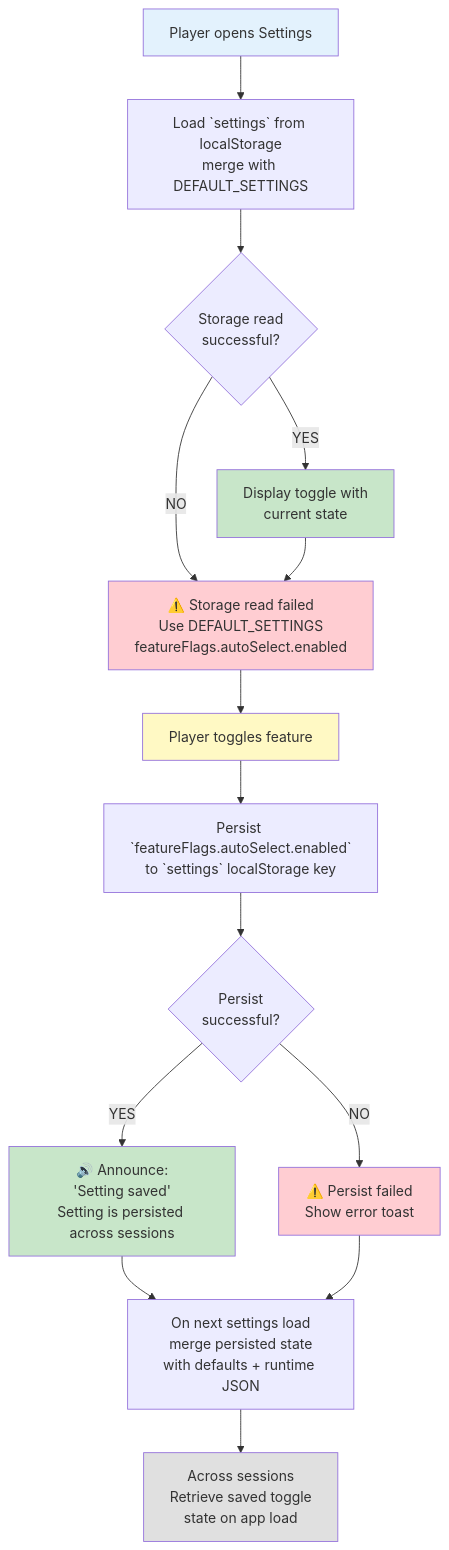
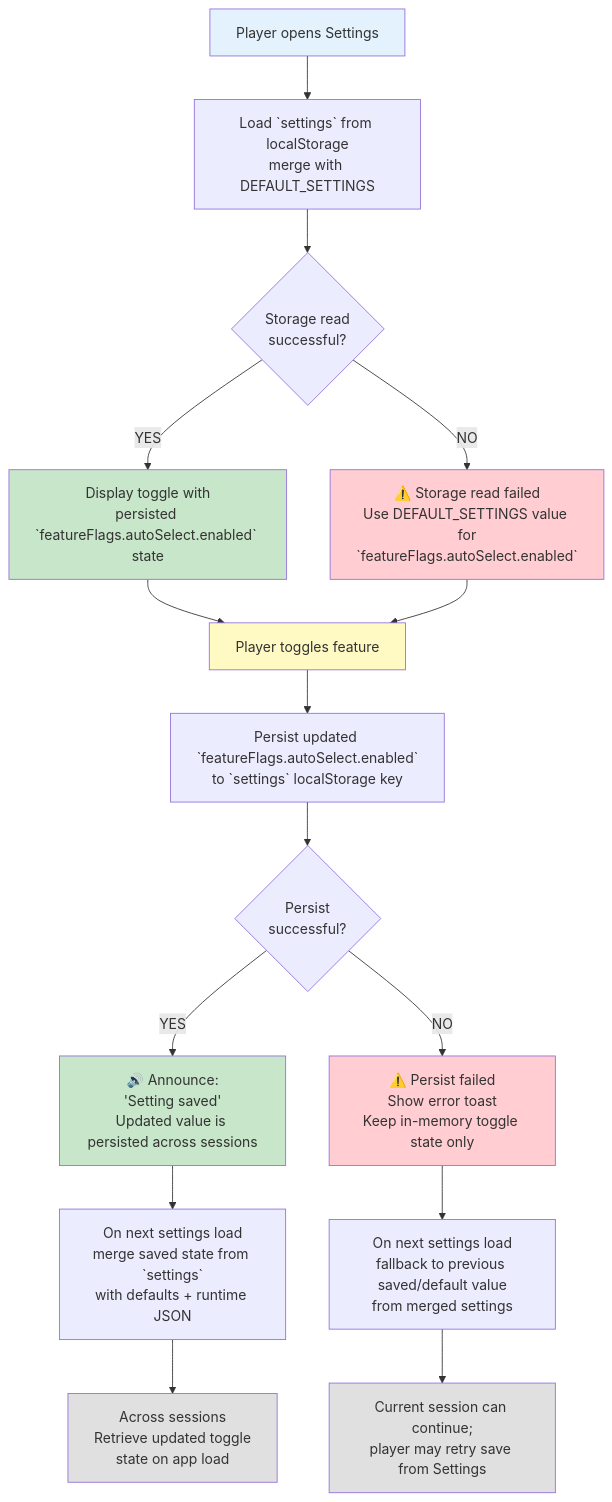
Before and after one commit to CyanAutomation/judokon: the third of 3 diagrams in design/productRequirementsDocuments/prdRandomStatMode.md, drawn with Mermaid.

Commit message:
Fix settings persistence Mermaid flow branches (#5690)

````diff
--- a/design/productRequirementsDocuments/prdRandomStatMode.md
+++ b/design/productRequirementsDocuments/prdRandomStatMode.md
@@ -126,30 +126,32 @@
 ```mermaid
 flowchart TD
     A["Player opens Settings"] --> B["Load `settings` from localStorage<br/>merge with DEFAULT_SETTINGS"]
     B --> C{"Storage read<br/>successful?"}
 
-    C -->|YES| D["Display toggle with<br/>current state"]
-    C -->|NO| E["⚠️ Storage read failed<br/>Use DEFAULT_SETTINGS<br/>featureFlags.autoSelect.enabled"]
+    C -->|YES| D["Display toggle with<br/>persisted `featureFlags.autoSelect.enabled` state"]
+    C -->|NO| E["⚠️ Storage read failed<br/>Use DEFAULT_SETTINGS value for<br/>`featureFlags.autoSelect.enabled`"]
 
-    D --> E
-    E --> F["Player toggles feature"]
+    D --> F["Player toggles feature"]
+    E --> F
 
-    F --> G["Persist `featureFlags.autoSelect.enabled`<br/>to `settings` localStorage key"]
+    F --> G["Persist updated `featureFlags.autoSelect.enabled`<br/>to `settings` localStorage key"]
     G --> H{"Persist<br/>successful?"}
 
-    H -->|YES| I["🔊 Announce:<br/>'Setting saved'<br/>Setting is persisted across sessions"]
-    H -->|NO| J["⚠️ Persist failed<br/>Show error toast"]
+    H -->|YES| I["🔊 Announce:<br/>'Setting saved'<br/>Updated value is persisted across sessions"]
+    H -->|NO| J["⚠️ Persist failed<br/>Show error toast<br/>Keep in-memory toggle state only"]
 
-    I --> K["On next settings load<br/>merge persisted state<br/>with defaults + runtime JSON"]
-    J --> K
+    I --> K["On next settings load<br/>merge saved state from `settings`<br/>with defaults + runtime JSON"]
+    J --> M["On next settings load<br/>fallback to previous saved/default value<br/>from merged settings"]
 
-    K --> L["Across sessions<br/>Retrieve saved toggle<br/>state on app load"]
+    K --> L["Across sessions<br/>Retrieve updated toggle<br/>state on app load"]
+    M --> N["Current session can continue;<br/>player may retry save from Settings"]
 
     style A fill:#e3f2fd
     style D fill:#c8e6c9
     style E fill:#ffcdd2
     style F fill:#fff9c4
     style I fill:#c8e6c9
     style J fill:#ffcdd2
     style L fill:#e0e0e0
+    style N fill:#e0e0e0
 ```
````
